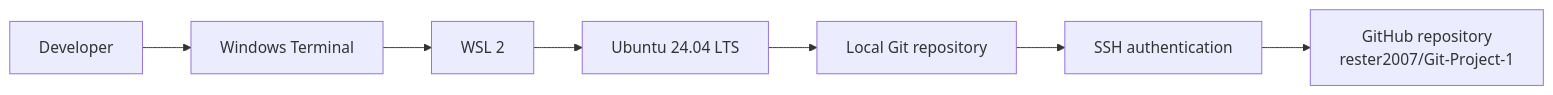
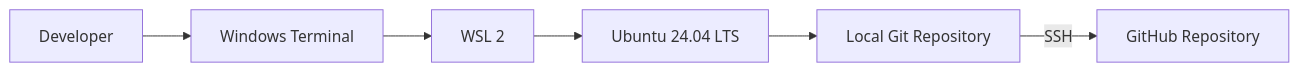
The first of 2 diagrams in README.md (rester2007/Git-Project-1), drawn with Mermaid before and after one commit. The commit also changed other lines of this file and 2 other files, not shown here.

Commit message:
Fix architecture diagrams and remove article draft

````diff
--- a/README.md
+++ b/README.md
@@ -19,9 +13,8 @@
 ```mermaid
-flowchart LR
-    User["Developer"] --> Terminal["Windows Terminal"]
-    Terminal --> WSL["WSL 2"]
-    WSL --> Ubuntu["Ubuntu 24.04 LTS"]
-    Ubuntu --> Git["Local Git repository"]
-    Git --> SSH["SSH authentication"]
-    SSH --> GitHub["GitHub repository<br/>rester2007/Git-Project-1"]
+graph LR
+    A[Developer] --> B[Windows Terminal]
+    B --> C[WSL 2]
+    C --> D[Ubuntu 24.04 LTS]
+    D --> E[Local Git Repository]
+    E -->|SSH| F[GitHub Repository]
 ```
````
